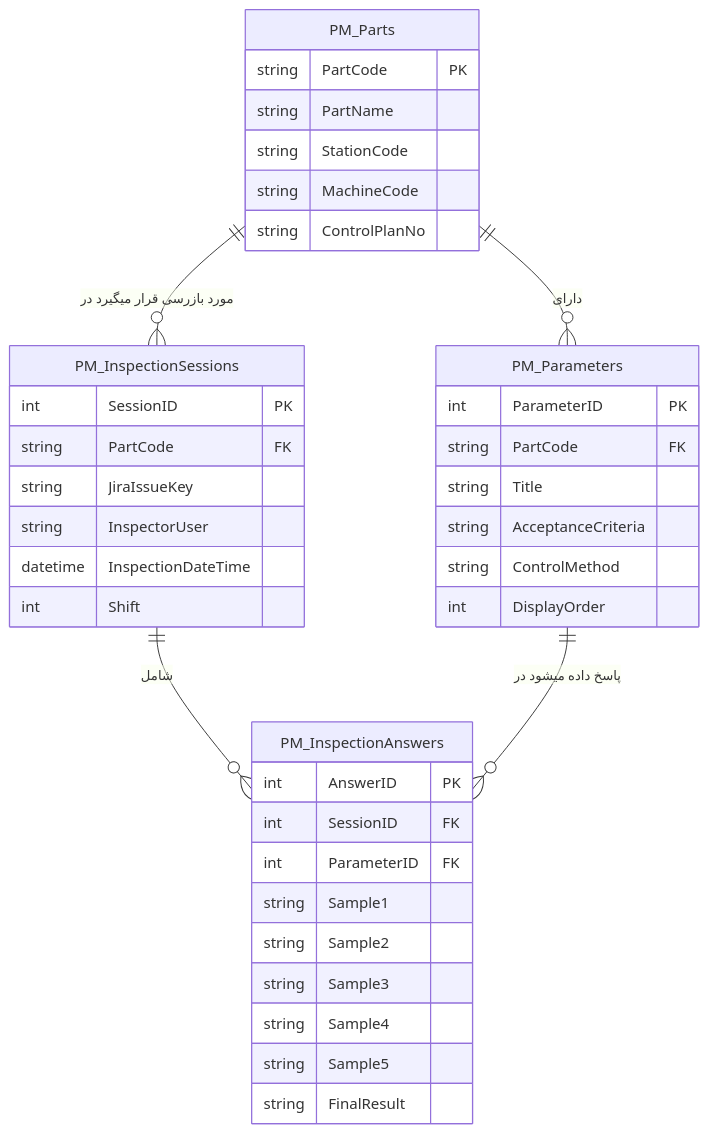
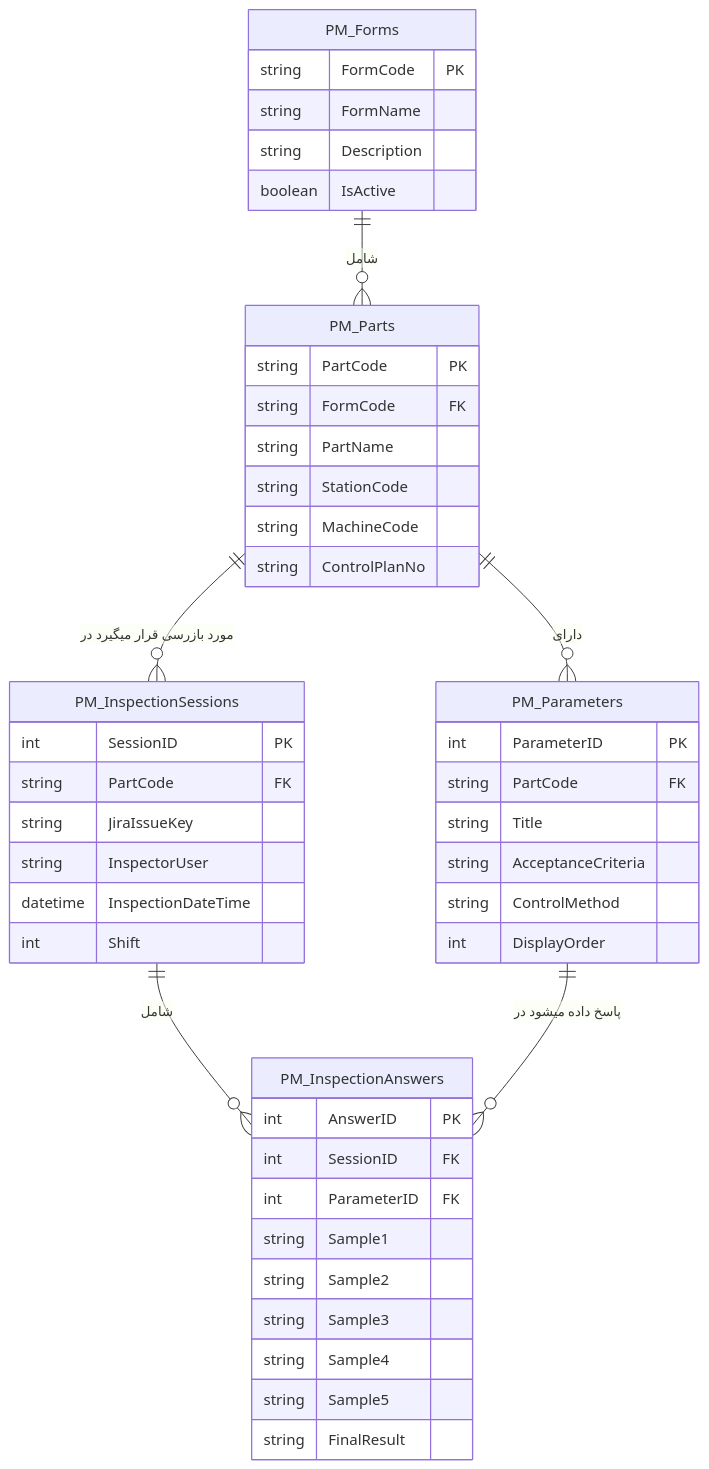
One commit to Hossein558/paperless-forms changed the diagram in documents/database_schema.md. Above: the diagram before and after it, drawn with Mermaid. The commit also changed other lines of this file and 42 other files, not shown here.

````diff
--- a/documents/database_schema.md
+++ b/documents/database_schema.md
@@ -58,46 +66,55 @@
 ```mermaid
 erDiagram
+    PM_Forms ||--o{ PM_Parts : "شامل"
     PM_Parts ||--o{ PM_Parameters : "دارای"
     PM_Parts ||--o{ PM_InspectionSessions : "مورد بازرسی قرار میگیرد در"
     
     PM_InspectionSessions ||--o{ PM_InspectionAnswers : "شامل"
     PM_Parameters ||--o{ PM_InspectionAnswers : "پاسخ داده میشود در"
 
+    PM_Forms {
+        string FormCode PK
+        string FormName
+        string Description
+        boolean IsActive
+    }
+
     PM_Parts {
         string PartCode PK
+        string FormCode FK
         string PartName
         string StationCode
         string MachineCode
         string ControlPlanNo
     }
     
     PM_Parameters {
         int ParameterID PK
         string PartCode FK
         string Title
         string AcceptanceCriteria
         string ControlMethod
         int DisplayOrder
     }
     
     PM_InspectionSessions {
         int SessionID PK
         string PartCode FK
         string JiraIssueKey
         string InspectorUser
         datetime InspectionDateTime
         int Shift
     }
     
     PM_InspectionAnswers {
         int AnswerID PK
         int SessionID FK
         int ParameterID FK
         string Sample1
         string Sample2
         string Sample3
         string Sample4
         string Sample5
         string FinalResult
     }
 ```
````
